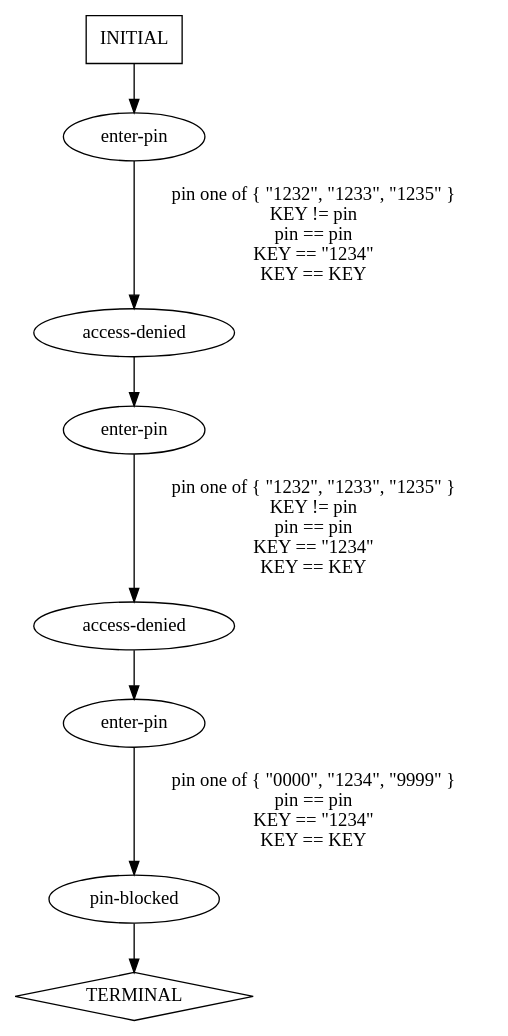
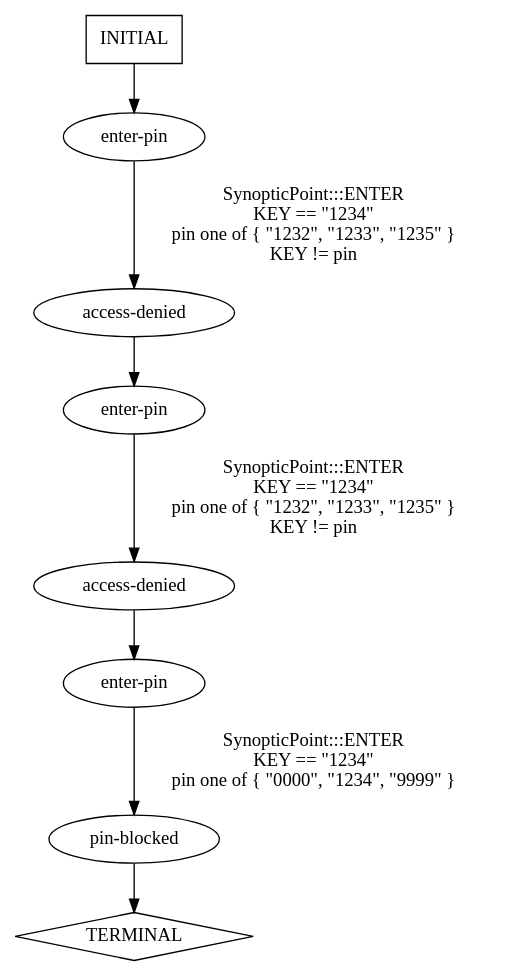
Before and after one commit to ModelInference/synoptic: the diagram in traces/abstract/verify-pin/predicted-paths/verify-pin-test10.dot, drawn with Graphviz. The commit also changed 73 other files, not shown here.

```diff
--- a/traces/abstract/verify-pin/predicted-paths/verify-pin-test10.dot
+++ b/traces/abstract/verify-pin/predicted-paths/verify-pin-test10.dot
@@ -1,17 +1,17 @@
 digraph {
   0 [label="access-denied"];
   1 [label="access-denied"];
   2 [label="enter-pin"];
   3 [label="enter-pin"];
   4 [label="enter-pin"];
   5 [label="pin-blocked"];
   6 [label="TERMINAL",shape=diamond];
   7 [label="INITIAL",shape=box];
 0->3 [label="",];
 1->4 [label="",];
-2->0 [label="pin one of { \"1232\", \"1233\", \"1235\" }\nKEY != pin\npin == pin\nKEY == \"1234\"\nKEY == KEY",];
-3->1 [label="pin one of { \"1232\", \"1233\", \"1235\" }\nKEY != pin\npin == pin\nKEY == \"1234\"\nKEY == KEY",];
-4->5 [label="pin one of { \"0000\", \"1234\", \"9999\" }\npin == pin\nKEY == \"1234\"\nKEY == KEY",];
+2->0 [label="SynopticPoint:::ENTER\nKEY == \"1234\"\npin one of { \"1232\", \"1233\", \"1235\" }\nKEY != pin\n",];
+3->1 [label="SynopticPoint:::ENTER\nKEY == \"1234\"\npin one of { \"1232\", \"1233\", \"1235\" }\nKEY != pin\n",];
+4->5 [label="SynopticPoint:::ENTER\nKEY == \"1234\"\npin one of { \"0000\", \"1234\", \"9999\" }\n",];
 5->6 [label="",];
 7->2 [label="",];
 } // digraph {
```
